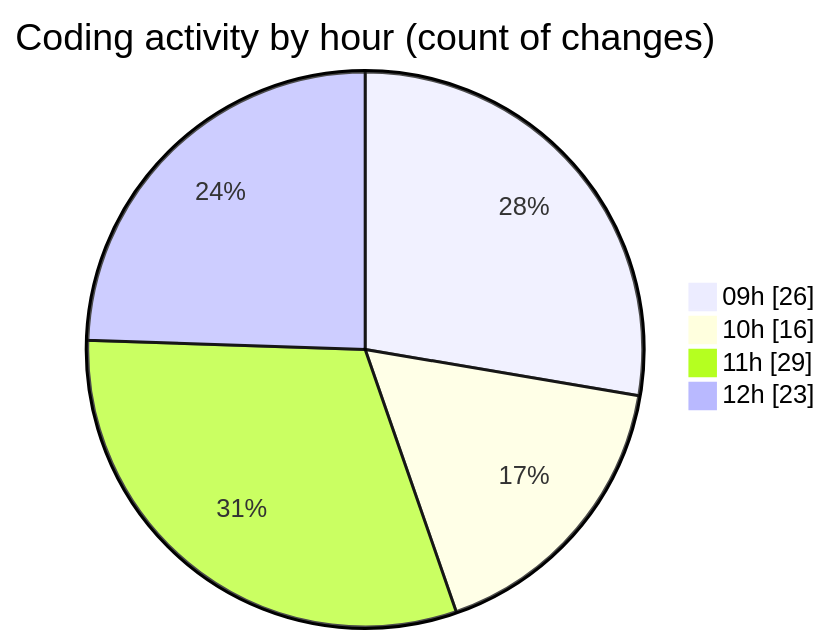
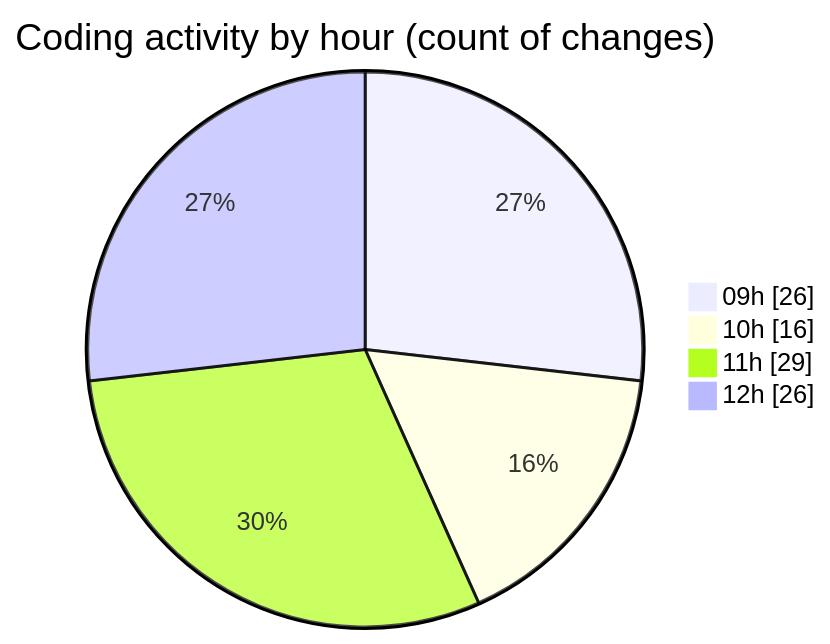
The second of 2 diagrams in 2025-11-17/cda/README.md (momahboobian/code-tracking), drawn with Mermaid before and after one commit. The commit also changed other lines of this file and 1 other file, not shown here.

````diff
--- a/2025-11-17/cda/README.md
+++ b/2025-11-17/cda/README.md
@@ -37,8 +37,8 @@
 ```mermaid
 pie showData
 title Coding activity by hour (count of changes)
 "09h" : 26
 "10h" : 16
 "11h" : 29
-"12h" : 23
+"12h" : 26
 ```
````
